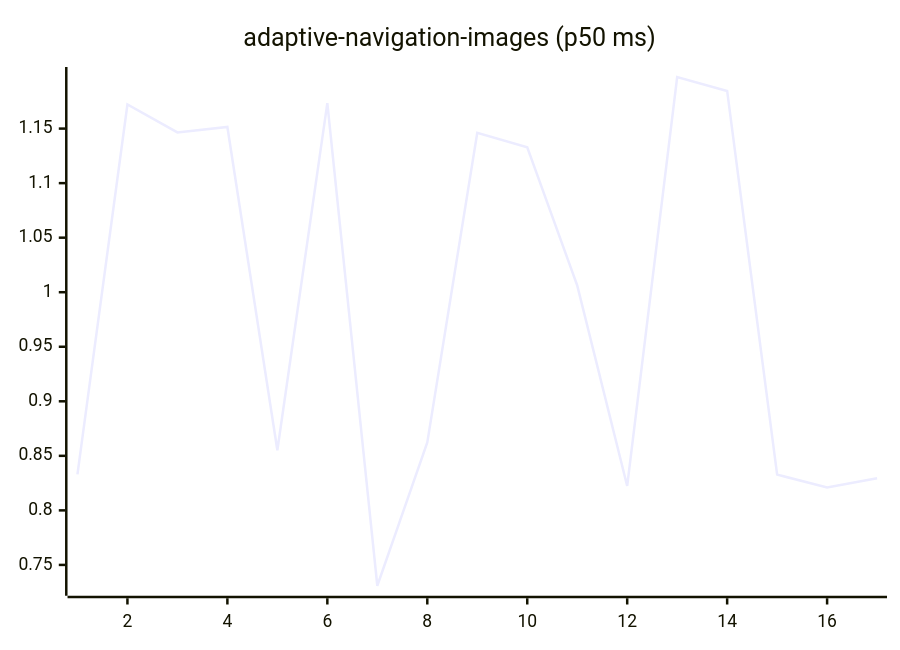
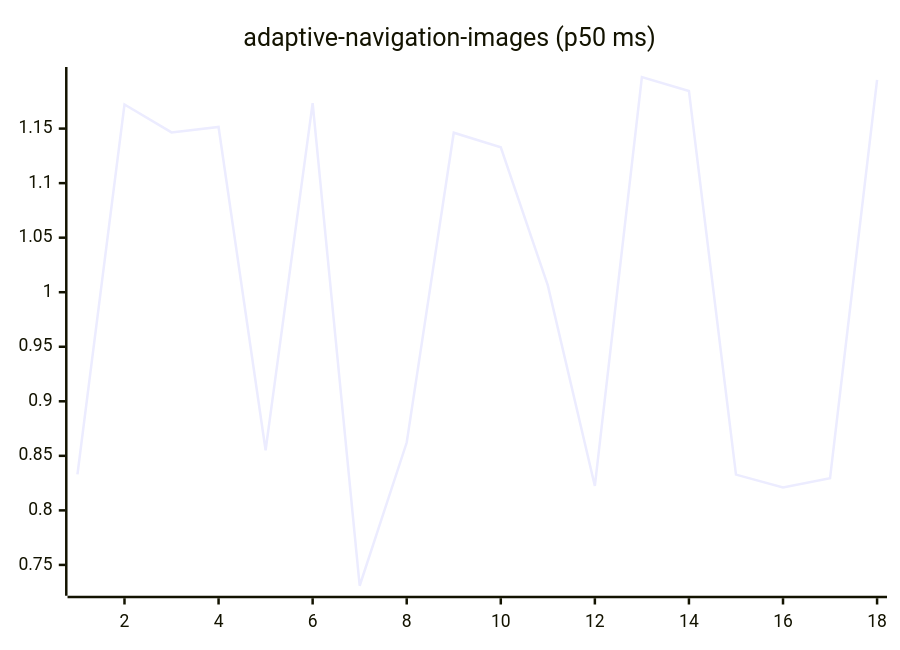
Before and after one commit to josha/Facet: the first of 27 diagrams in README.md, drawn with Mermaid. The commit also changed other lines of this file and 2 other files, not shown here.

````diff
--- a/README.md
+++ b/README.md
@@ -63,6 +63,6 @@
 ```mermaid
 xychart-beta
     title "adaptive-navigation-images (p50 ms)"
-    x-axis 1 --> 17
-    line [0.8330, 1.1721, 1.1465, 1.1515, 0.8551, 1.1733, 0.7309, 0.8622, 1.1462, 1.1328, 1.0062, 0.8224, 1.1973, 1.1845, 0.8328, 0.8211, 0.8295]
+    x-axis 1 --> 18
+    line [0.8330, 1.1721, 1.1465, 1.1515, 0.8551, 1.1733, 0.7309, 0.8622, 1.1462, 1.1328, 1.0062, 0.8224, 1.1973, 1.1845, 0.8328, 0.8211, 0.8295, 1.1947]
 ```
````
